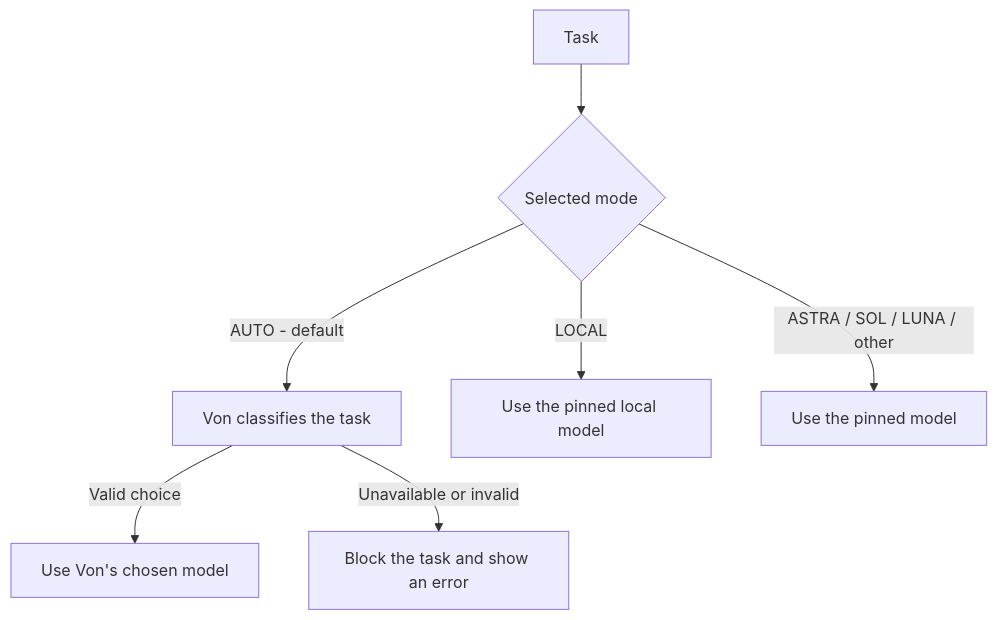
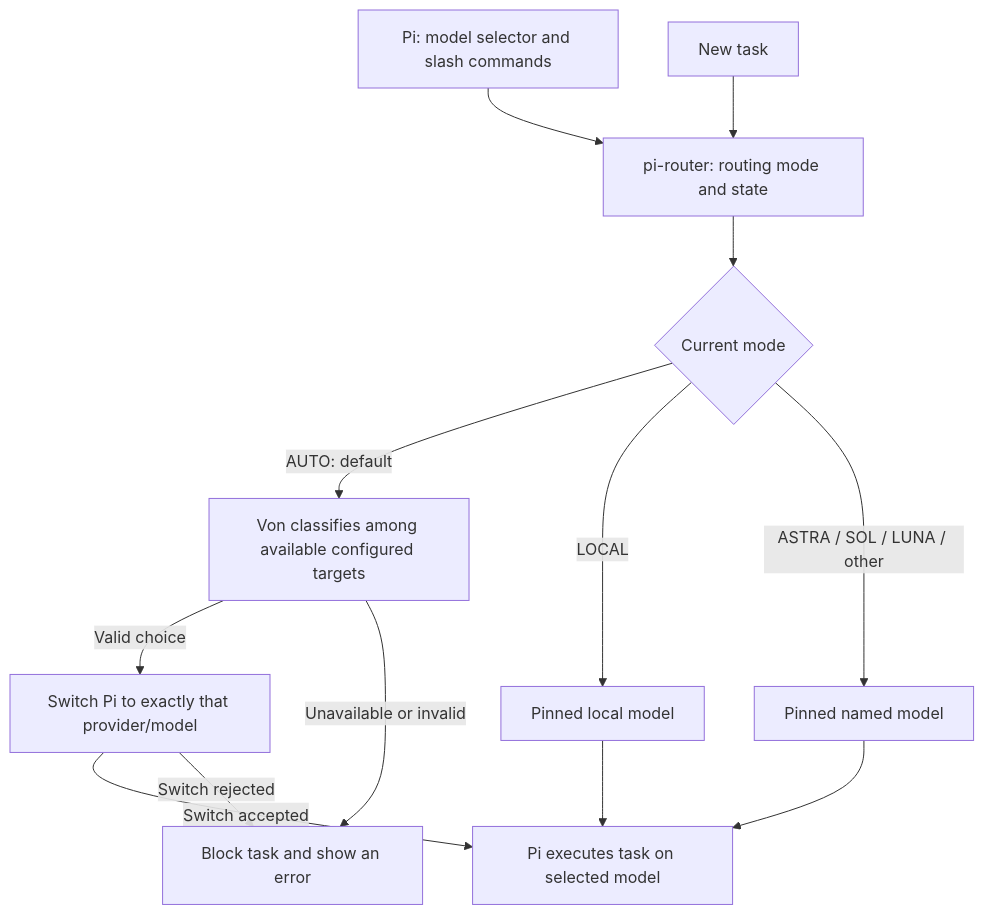
The first of 5 diagrams in README.md (orq0/orq-pi-router), drawn with Mermaid before and after one commit. The commit also changed other lines of this file, not shown here.

Commit message:
Update README diagrams for Von-directed routing

````diff
--- a/README.md
+++ b/README.md
@@ -15,9 +17,15 @@
 ```mermaid
 flowchart TD
-    T[Task] --> M{Selected mode}
-    M -->|AUTO - default| V[Von classifies the task]
-    V -->|Valid choice| A[Use Von's chosen model]
-    V -->|Unavailable or invalid| B[Block the task and show an error]
-    M -->|LOCAL| L[Use the pinned local model]
-    M -->|ASTRA / SOL / LUNA / other| P[Use the pinned model]
+    PI[Pi: model selector and slash commands] --> R[pi-router: routing mode and state]
+    T[New task] --> R
+    R --> M{Current mode}
+    M -->|AUTO: default| V[Von classifies among available configured targets]
+    V -->|Valid choice| S[Switch Pi to exactly that provider/model]
+    V -->|Unavailable or invalid| B[Block task and show an error]
+    S -->|Switch accepted| E[Pi executes task on selected model]
+    S -->|Switch rejected| B
+    M -->|LOCAL| L[Pinned local model]
+    M -->|ASTRA / SOL / LUNA / other| P[Pinned named model]
+    L --> E
+    P --> E
 ```
````
